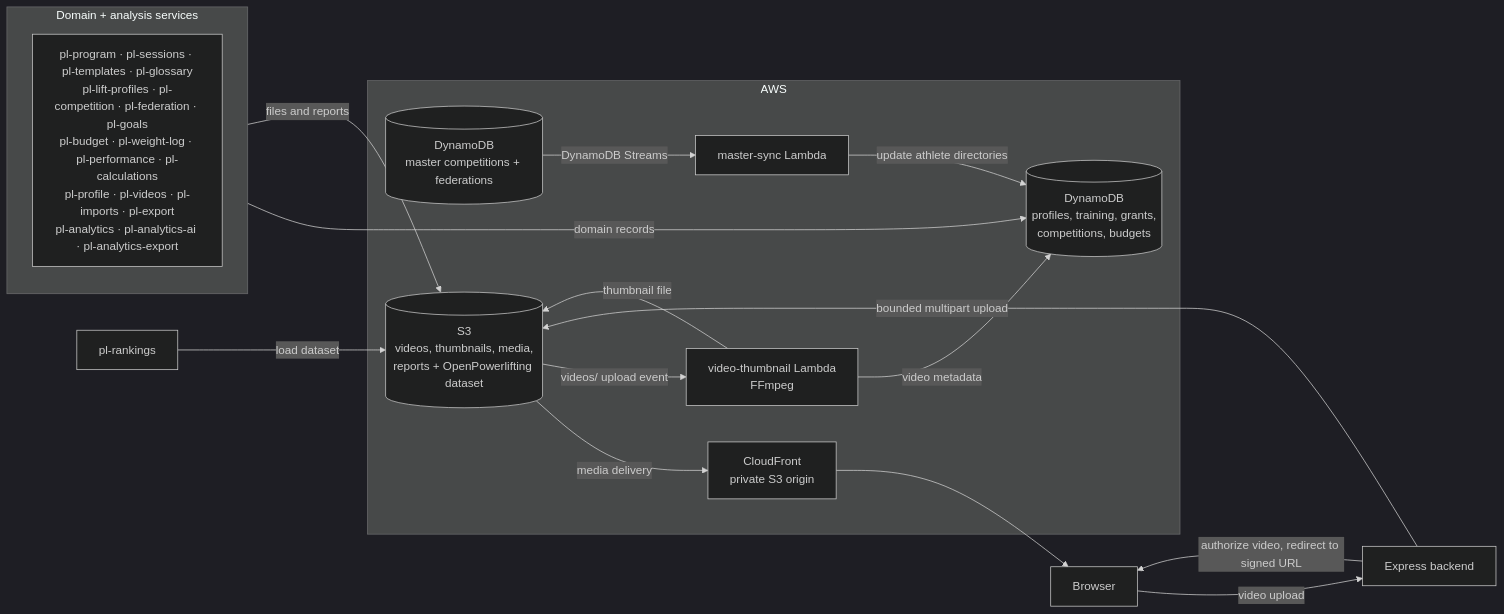
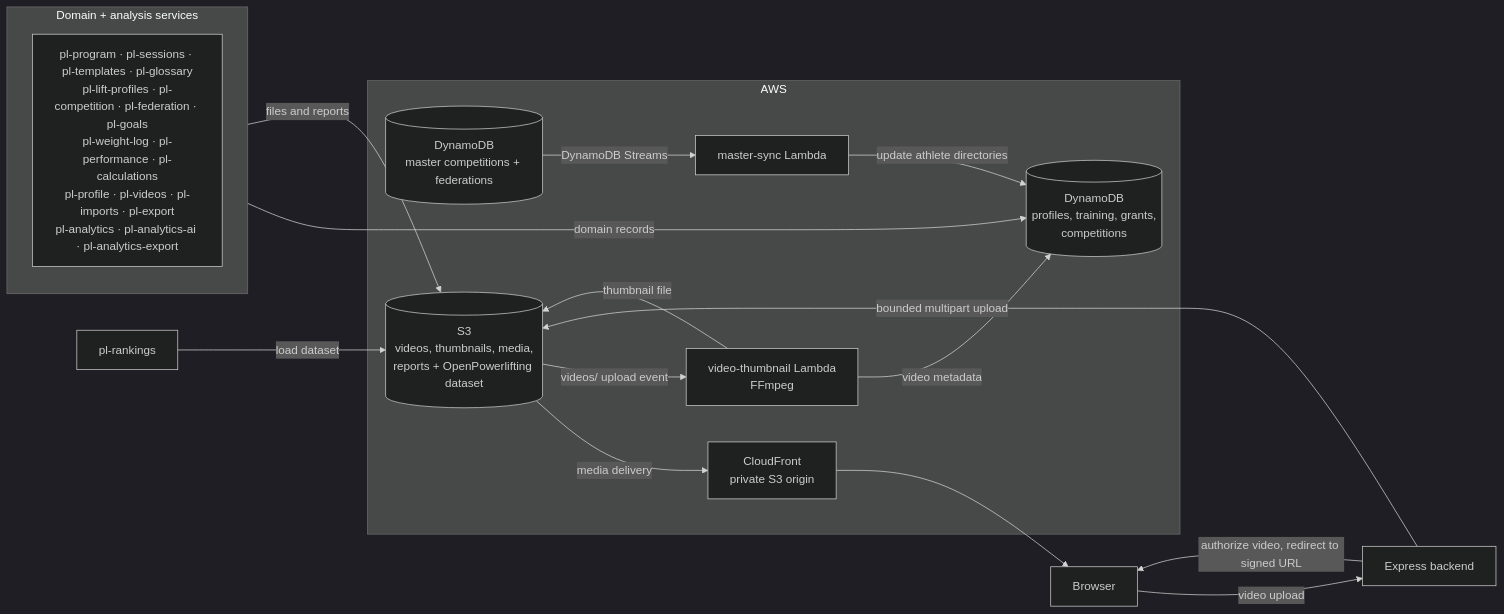
One commit to PierreStephaneVoltaire/ai-powerlifting changed the fifth of 10 diagrams in docs/ARCHITECTURE.md. Above: the diagram before and after it, drawn with Mermaid (dark theme). The commit also changed other lines of this file and 133 other files, not shown here.

First line of the commit message:
Remove budget, fold authored notes into private log notes, move preferences to Settings page (#14)

````diff
--- a/docs/ARCHITECTURE.md
+++ b/docs/ARCHITECTURE.md
@@ -240,30 +239,30 @@
 ```mermaid
 flowchart LR
   subgraph Services["Domain + analysis services"]
     direction TB
-    SvcList["pl-program · pl-sessions · pl-templates · pl-glossary<br/>pl-lift-profiles · pl-competition · pl-federation · pl-goals<br/>pl-budget · pl-weight-log · pl-performance · pl-calculations<br/>pl-profile · pl-videos · pl-imports · pl-export<br/>pl-analytics · pl-analytics-ai · pl-analytics-export"]
+    SvcList["pl-program · pl-sessions · pl-templates · pl-glossary<br/>pl-lift-profiles · pl-competition · pl-federation · pl-goals<br/>pl-weight-log · pl-performance · pl-calculations<br/>pl-profile · pl-videos · pl-imports · pl-export<br/>pl-analytics · pl-analytics-ai · pl-analytics-export"]
   end
   BE["Express backend"]
   Rankings["pl-rankings"]
   UI["Browser"]
 
   subgraph AWS["AWS"]
-    DDB[("DynamoDB<br/>profiles, training, grants,<br/>competitions, budgets")]
+    DDB[("DynamoDB<br/>profiles, training, grants,<br/>competitions")]
     Master[("DynamoDB<br/>master competitions + federations")]
     S3[("S3<br/>videos, thumbnails, media,<br/>reports + OpenPowerlifting dataset")]
     CDN["CloudFront<br/>private S3 origin"]
     Sync["master-sync Lambda"]
     Thumbs["video-thumbnail Lambda<br/>FFmpeg"]
   end
 
   Services -->|"domain records"| DDB
   Services -->|"files and reports"| S3
   Rankings -->|"load dataset"| S3
   UI -->|"video upload"| BE -->|"bounded multipart upload"| S3
   BE -->|"authorize video, redirect to signed URL"| UI
   S3 -->|"media delivery"| CDN --> UI
   S3 -->|"videos/ upload event"| Thumbs
   Thumbs -->|"thumbnail file"| S3
   Thumbs -->|"video metadata"| DDB
   Master -->|"DynamoDB Streams"| Sync -->|"update athlete directories"| DDB
 ```
````
